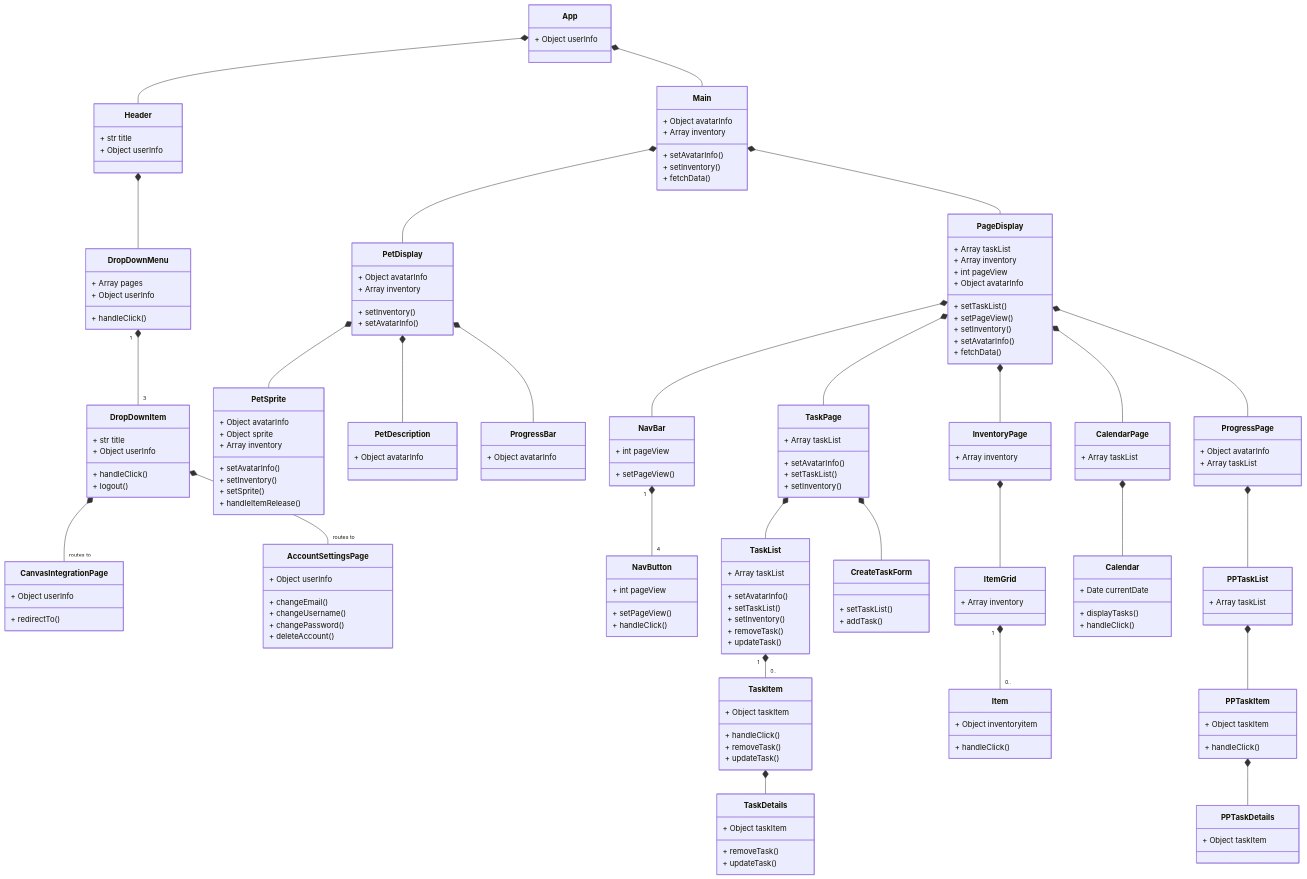
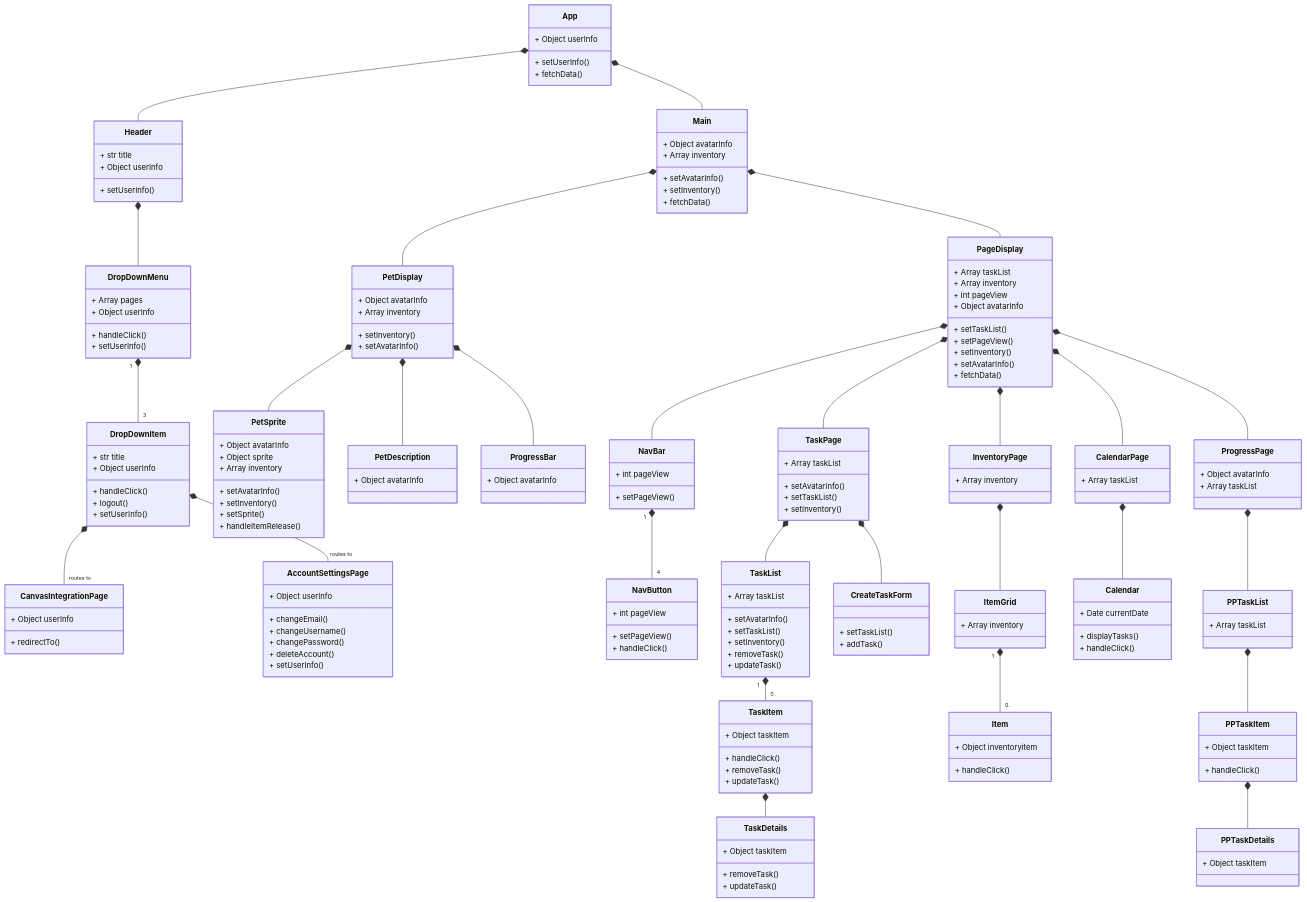
Before and after one commit to Capstone-Projects-2023-Spring/project-virtual-pet: the first of 5 diagrams in documentation/docs/system-architecture/class-diagrams.md, drawn with Mermaid. The commit also changed other lines of this file and 1 other file, not shown here.

Commit message:
update classdoc and class diagram

```diff
--- a/documentation/docs/system-architecture/class-diagrams.md
+++ b/documentation/docs/system-architecture/class-diagrams.md
@@ -57,17 +57,21 @@
     
     class App {
         + Object userInfo    
+        + setUserInfo()
+        + fetchData()
     }
 
 
     class Header {
         + str title
-        + Object userInfo   
+        + Object userInfo  
+        + setUserInfo()
     }
     class DropDownMenu {
         + Array pages
         + Object userInfo     
         + handleClick()
+        + setUserInfo()
         
     }
     class DropDownItem {
@@ -75,6 +79,7 @@
         + Object userInfo   
         + handleClick()
         + logout()
+        + setUserInfo()
     }
 
     class CanvasIntegrationPage {
@@ -89,6 +94,7 @@
         + changeUsername()
         + changePassword()
         + deleteAccount()
+        + setUserInfo()
 
         
     }
```
